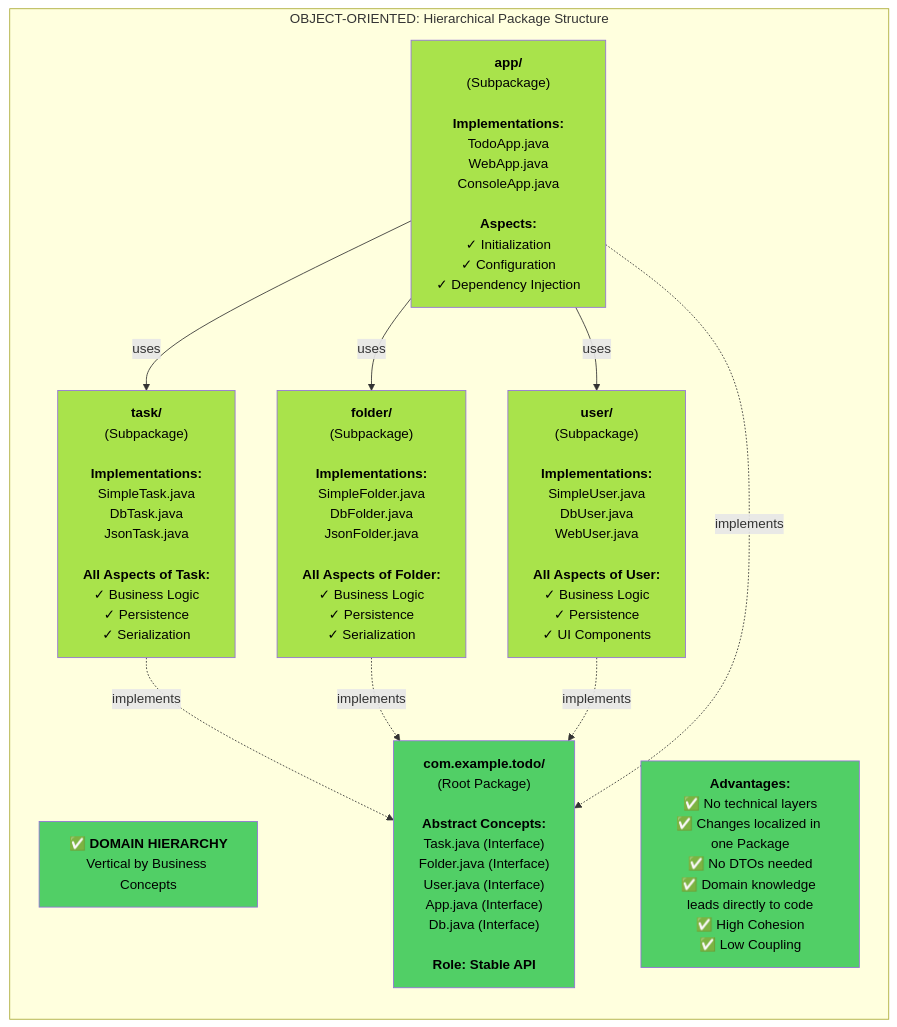
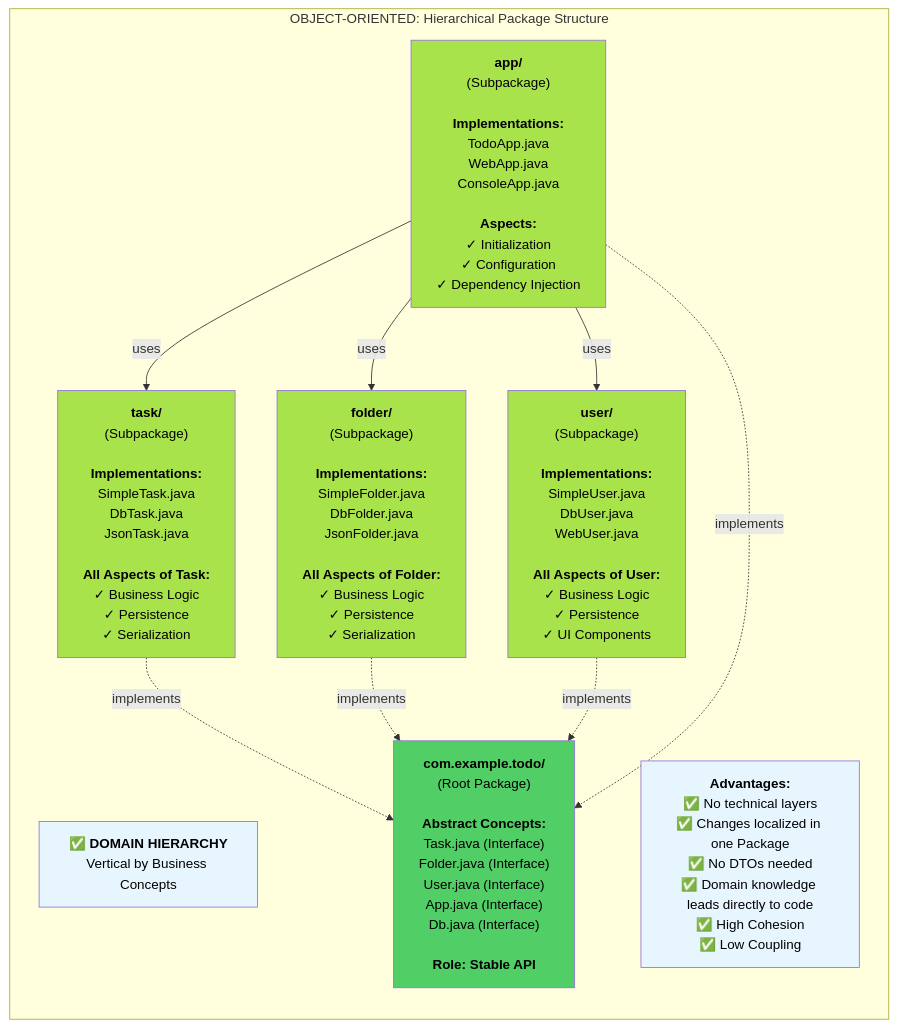
One commit to andreas-wagner-dev/object-oriented-learning-journey changed the seventh of 15 diagrams in blog/how_to_structure_and_naming_code_like_a_pro.md. Above: the diagram before and after it, drawn with Mermaid. The commit also changed other lines of this file, not shown here.

````diff
--- a/blog/how_to_structure_and_naming_code_like_a_pro.md
+++ b/blog/how_to_structure_and_naming_code_like_a_pro.md
@@ -1100,37 +1093,37 @@
 ```mermaid
 graph TB    
   subgraph "OBJECT-ORIENTED: Hierarchical Package Structure"  
       direction TB  
         
       OO_TITLE["<b>✅ DOMAIN HIERARCHY</b><br/>Vertical by Business Concepts"]  
         
       ROOT["<b>com.example.todo/</b><br/>(Root Package)<br/><br/><b>Abstract Concepts:</b><br/>Task.java (Interface)<br/>Folder.java (Interface)<br/>User.java (Interface)<br/>App.java (Interface)<br/>Db.java (Interface)<br/><br/><b>Role: Stable API</b>"]  
         
       TASK_PKG["<b>task/</b><br/>(Subpackage)<br/><br/><b>Implementations:</b><br/>SimpleTask.java<br/>DbTask.java<br/>JsonTask.java<br/><br/><b>All Aspects of Task:</b><br/>✓ Business Logic<br/>✓ Persistence<br/>✓ Serialization"]  
         
       FOLDER_PKG["<b>folder/</b><br/>(Subpackage)<br/><br/><b>Implementations:</b><br/>SimpleFolder.java<br/>DbFolder.java<br/>JsonFolder.java<br/><br/><b>All Aspects of Folder:</b><br/>✓ Business Logic<br/>✓ Persistence<br/>✓ Serialization"]  
         
       USER_PKG["<b>user/</b><br/>(Subpackage)<br/><br/><b>Implementations:</b><br/>SimpleUser.java<br/>DbUser.java<br/>WebUser.java<br/><br/><b>All Aspects of User:</b><br/>✓ Business Logic<br/>✓ Persistence<br/>✓ UI Components"]  
         
       APP_PKG["<b>app/</b><br/>(Subpackage)<br/><br/><b>Implementations:</b><br/>TodoApp.java<br/>WebApp.java<br/>ConsoleApp.java<br/><br/><b>Aspects:</b><br/>✓ Initialization<br/>✓ Configuration<br/>✓ Dependency Injection"]  
         
       TASK_PKG -.->|implements| ROOT  
       FOLDER_PKG -.->|implements| ROOT  
       USER_PKG -.->|implements| ROOT  
       APP_PKG -.->|implements| ROOT  
         
       APP_PKG -->|uses| TASK_PKG  
       APP_PKG -->|uses| FOLDER_PKG  
       APP_PKG -->|uses| USER_PKG  
         
       BENEFIT["<b>Advantages:</b><br/>✅ No technical layers<br/>✅ Changes localized in one Package<br/>✅ No DTOs needed<br/>✅ Domain knowledge leads directly to code<br/>✅ High Cohesion<br/>✅ Low Coupling"]  
         
-      style OO_TITLE fill:#51cf66,color:#000  
+      style OO_TITLE fill:#e7f5ff,color:#000  
       style ROOT fill:#51cf66,color:#000  
       style TASK_PKG fill:#a9e34b,color:#000  
       style FOLDER_PKG fill:#a9e34b,color:#000  
       style USER_PKG fill:#a9e34b,color:#000  
       style APP_PKG fill:#a9e34b,color:#000  
-      style BENEFIT fill:#51cf66,color:#000  
+      style BENEFIT fill:#e7f5ff,color:#000  
   end
 ```
````
